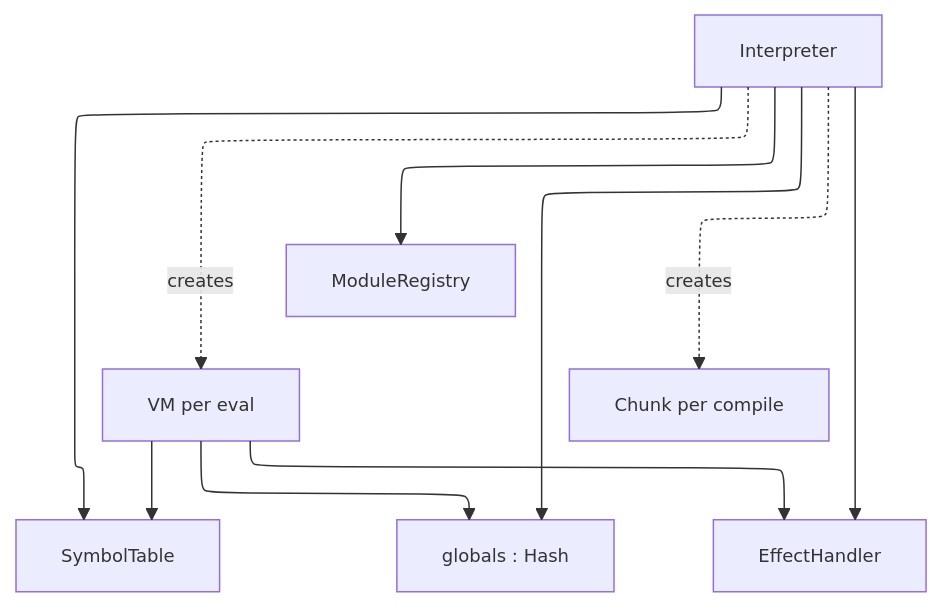
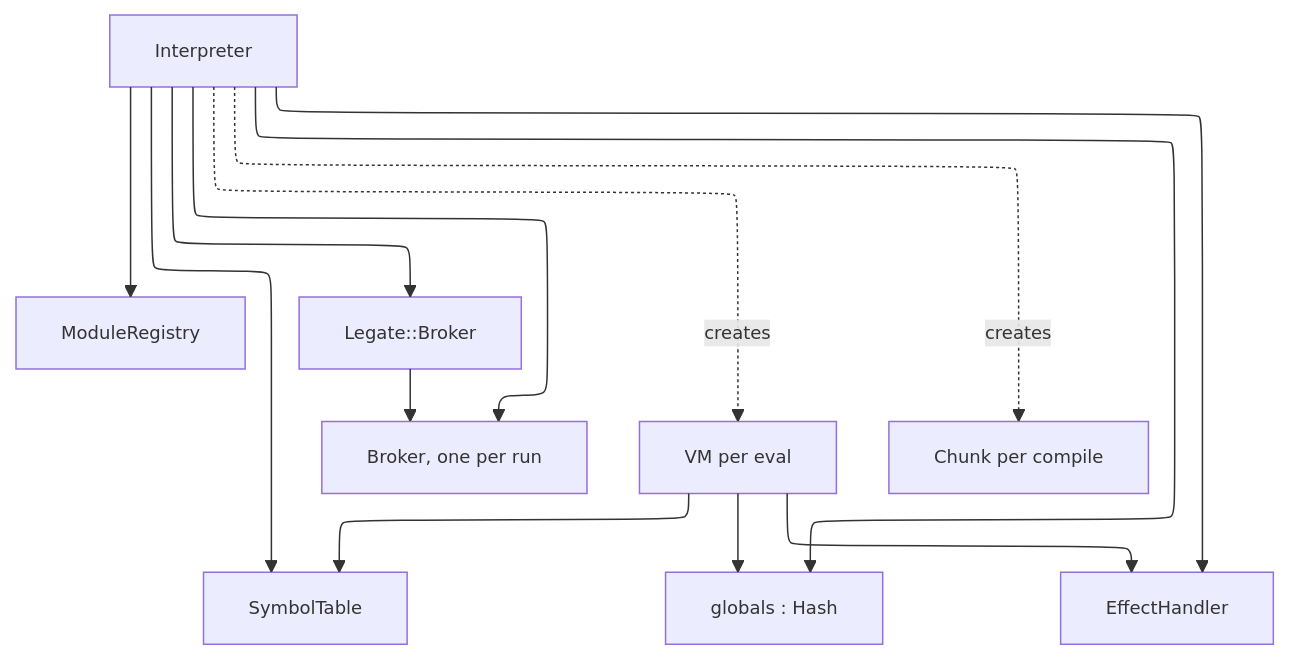
Before and after one commit to ModelArmy/adjutant.cr: the second of 11 diagrams in DEVELOPMENT.md, drawn with Mermaid. The commit also changed other lines of this file and 102 other files, not shown here.

````diff
--- a/DEVELOPMENT.md
+++ b/DEVELOPMENT.md
@@ -90,27 +61,32 @@
 ```mermaid
 ---
 displayMode: compact
 config:
   layout: elk
   themeVariables:
     fontSize: 12px
 ---
 flowchart TD
     interp[Interpreter]
     sym[SymbolTable]
     reg[ModuleRegistry]
     globals[globals : Hash]
     ef[EffectHandler]
+    broker[Broker, one per run]
+    lbroker[Legate::Broker]
     vm[VM per eval]
     chunk[Chunk per compile]
 
     interp --> sym
     interp --> reg
     interp --> globals
     interp --> ef
+    interp --> broker
+    interp --> lbroker
+    lbroker --> broker
     interp -.creates.-> vm
     interp -.creates.-> chunk
     vm --> sym
     vm --> globals
     vm --> ef
 ```
````
